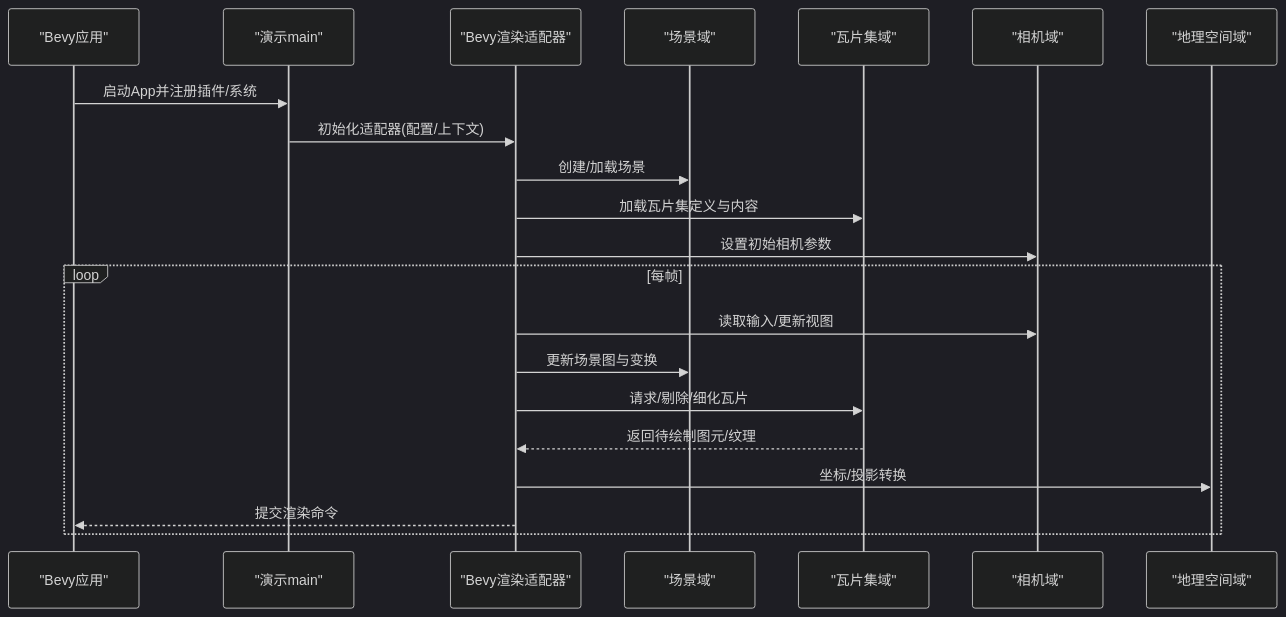
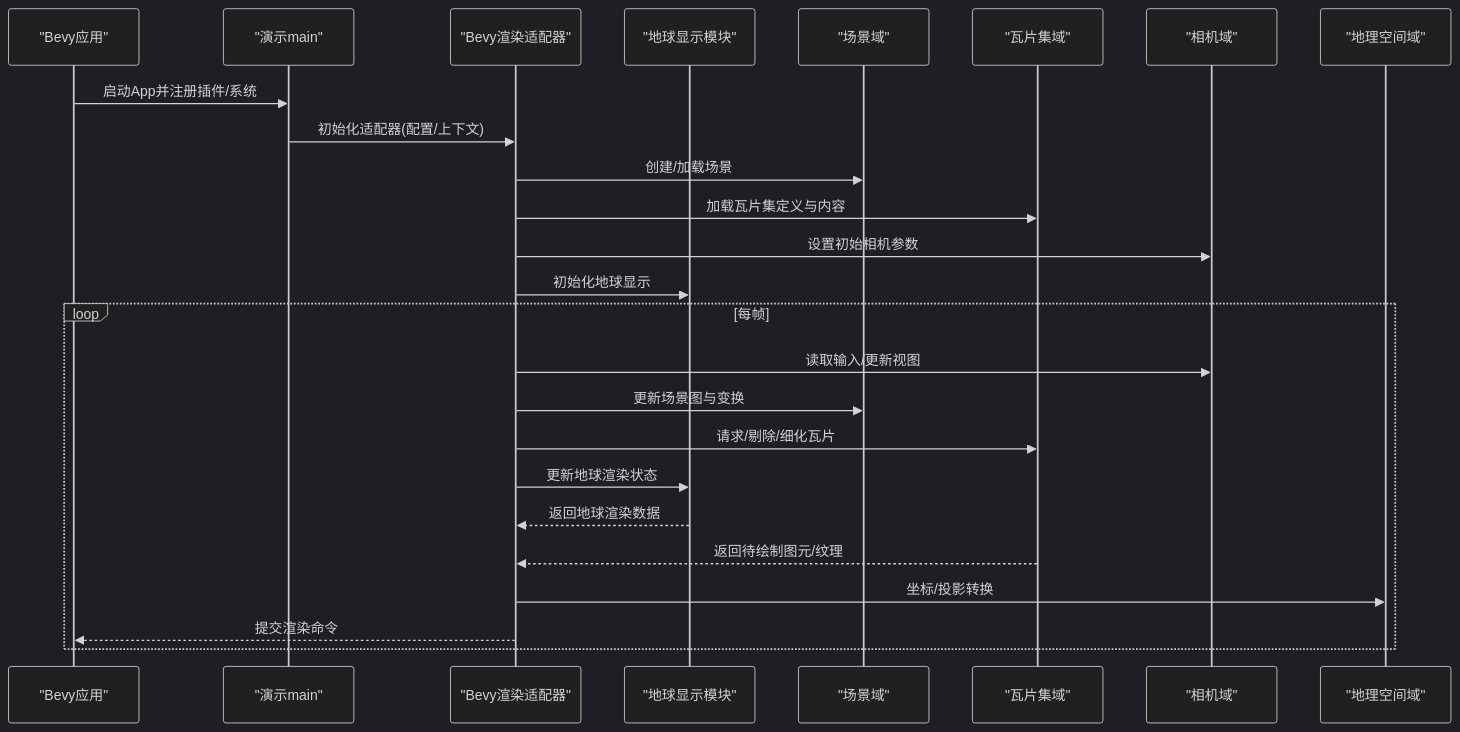
One commit to rzhangjing/cesium changed the second of 5 diagrams in .qoder/repowiki/zh/content/项目概述/核心特性/3D渲染引擎/Bevy渲染适配器.md. Above: the diagram before and after it, drawn with Mermaid (dark theme). The commit also changed other lines of this file and 178 other files, not shown here.

````diff
--- a/.qoder/repowiki/zh/content/项目概述/核心特性/3D渲染引擎/Bevy渲染适配器.md
+++ b/.qoder/repowiki/zh/content/项目概述/核心特性/3D渲染引擎/Bevy渲染适配器.md
@@ -89,23 +102,27 @@
 ```mermaid
 sequenceDiagram
 participant App as "Bevy应用"
 participant Demo as "演示main"
 participant Adapter as "Bevy渲染适配器"
+participant Globe as "地球显示模块"
 participant Scene as "场景域"
 participant Tileset as "瓦片集域"
 participant Camera as "相机域"
 participant Geo as "地理空间域"
 App->>Demo : 启动App并注册插件/系统
 Demo->>Adapter : 初始化适配器(配置/上下文)
 Adapter->>Scene : 创建/加载场景
 Adapter->>Tileset : 加载瓦片集定义与内容
 Adapter->>Camera : 设置初始相机参数
+Adapter->>Globe : 初始化地球显示
 loop 每帧
 Adapter->>Camera : 读取输入/更新视图
 Adapter->>Scene : 更新场景图与变换
 Adapter->>Tileset : 请求/剔除/细化瓦片
+Adapter->>Globe : 更新地球渲染状态
+Globe-->>Adapter : 返回地球渲染数据
 Tileset-->>Adapter : 返回待绘制图元/纹理
 Adapter->>Geo : 坐标/投影转换
 Adapter-->>App : 提交渲染命令
 end
 ```
````
